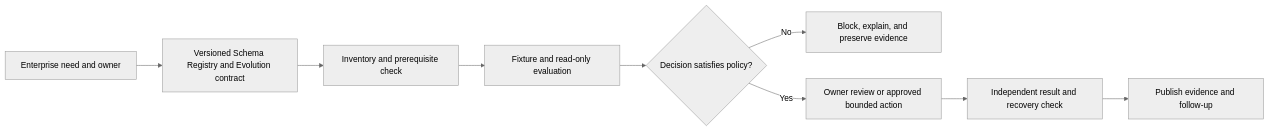
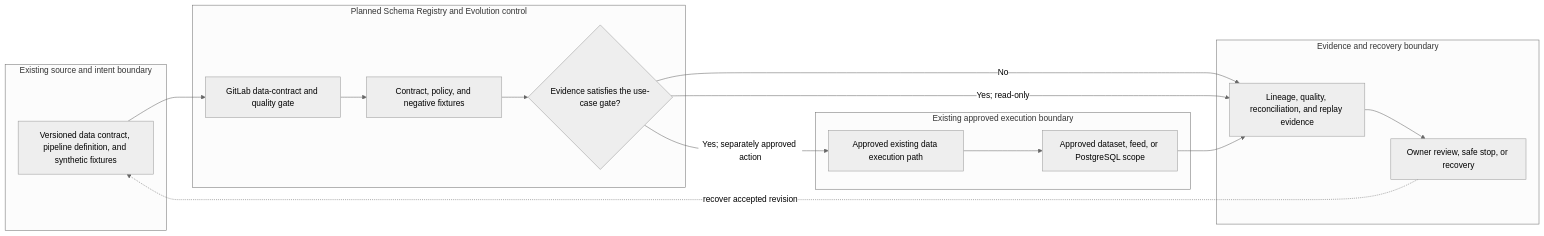
The diagram in docs/use-cases/data/UC-DATA-007-schema-registry-and-evolution.md (MIDHTECH/enterprise-architecture-docs), drawn with Mermaid (neutral theme) before and after one commit. The commit also changed other lines of this file and 227 other files, not shown here.

Commit message:
Deepen architecture for all use case designs

````diff
--- a/docs/use-cases/data/UC-DATA-007-schema-registry-and-evolution.md
+++ b/docs/use-cases/data/UC-DATA-007-schema-registry-and-evolution.md
@@ -136,11 +129,25 @@
 ```mermaid
 flowchart LR
-    Need["Enterprise need and owner"] --> Contract["Versioned Schema Registry and Evolution contract"]
-    Contract --> Preflight["Inventory and prerequisite check"]
-    Preflight --> Evaluate["Fixture and read-only evaluation"]
-    Evaluate --> Decision{"Decision satisfies policy?"}
-    Decision -->|No| Stop["Block, explain, and preserve evidence"]
-    Decision -->|Yes| Review["Owner review or approved bounded action"]
-    Review --> Verify["Independent result and recovery check"]
-    Verify --> Publish["Publish evidence and follow-up"]
+    subgraph Source["Existing source and intent boundary"]
+        A["Versioned data contract, pipeline definition, and synthetic fixtures"]
+    end
+    subgraph Planned["Planned Schema Registry and Evolution control"]
+        B["GitLab data-contract and quality gate"]
+        C["Contract, policy, and negative fixtures"]
+        D{"Evidence satisfies the use-case gate?"}
+    end
+    subgraph Runtime["Existing approved execution boundary"]
+        E["Approved existing data execution path"]
+        F["Approved dataset, feed, or PostgreSQL scope"]
+    end
+    subgraph Assurance["Evidence and recovery boundary"]
+        G["Lineage, quality, reconciliation, and replay evidence"]
+        H["Owner review, safe stop, or recovery"]
+    end
+
+    A --> B --> C --> D
+    D -->|No| G --> H
+    D -->|Yes; read-only| G
+    D -->|Yes; separately approved action| E --> F --> G
+    H -. recover accepted revision .-> A
 ```
````
